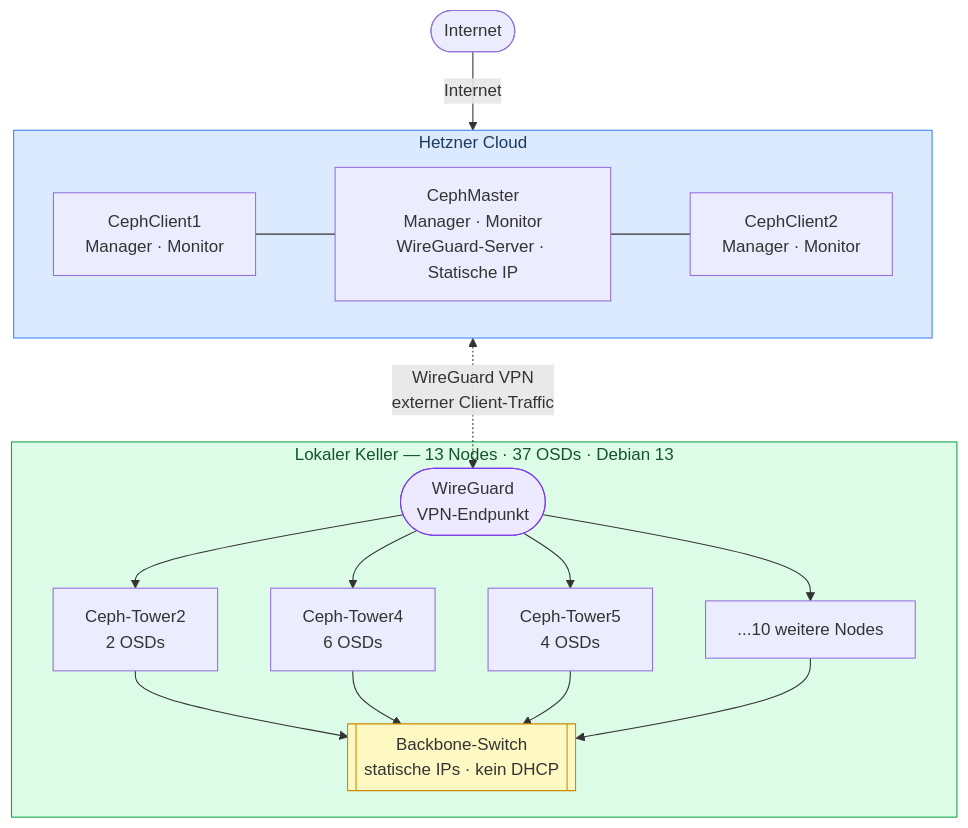
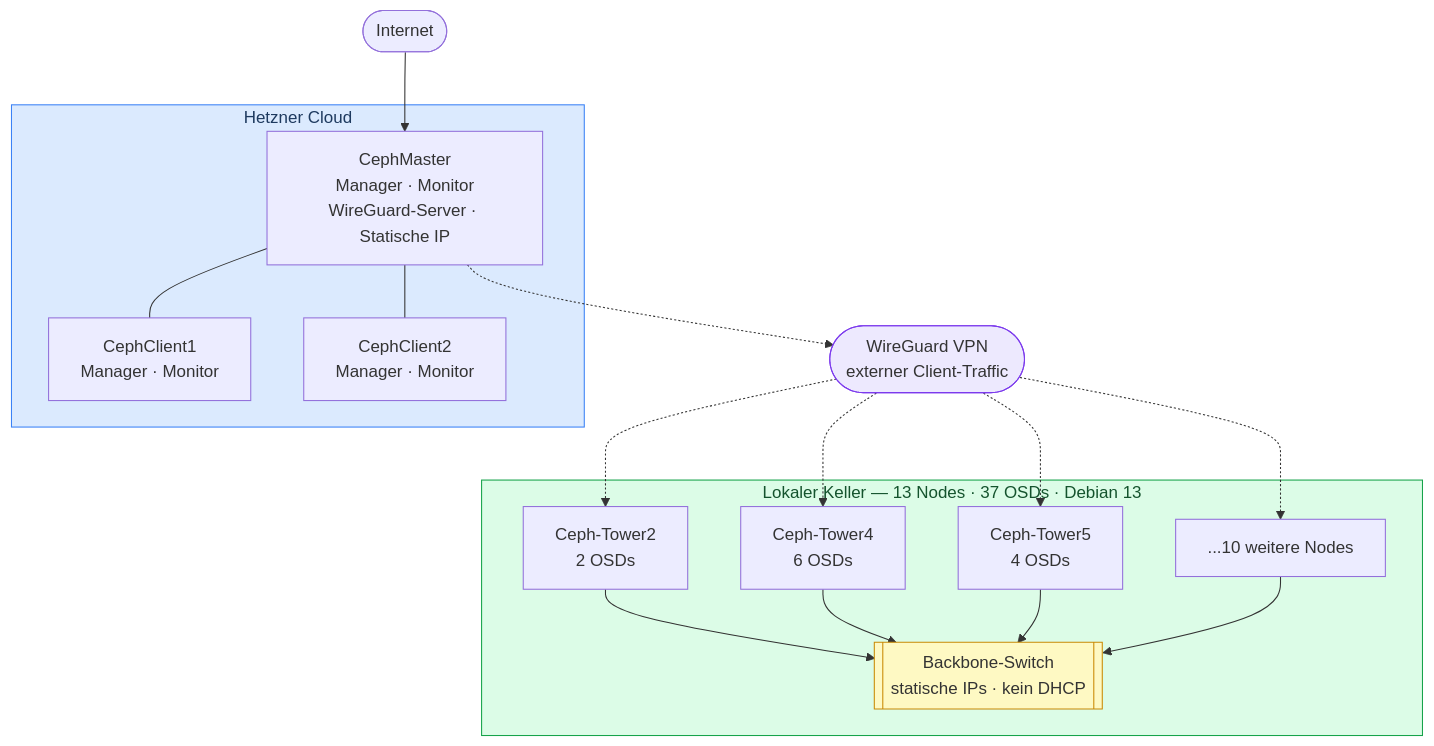
The diagram in README.md (PhilippTheServer/ceph-cluster-on-a-budget), drawn with Mermaid before and after one commit.

Commit message:
docs(README): rework network diagram order

````diff
--- a/README.md
+++ b/README.md
@@ -85,31 +85,32 @@
 ```mermaid
 flowchart TB
     EXT(["Internet"])
 
     subgraph CLOUD["Hetzner Cloud"]
-        direction LR
+        CM["CephMaster\nManager · Monitor\nWireGuard-Server · Statische IP"]
         CC1["CephClient1\nManager · Monitor"]
-        CM["CephMaster\nManager · Monitor\nWireGuard-Server · Statische IP"]
         CC2["CephClient2\nManager · Monitor"]
-        CC1 --- CM --- CC2
+        CM --- CC1
+        CM --- CC2
     end
 
+    VPN(["WireGuard VPN\nexterner Client-Traffic"])
+
     subgraph KELLER["Lokaler Keller  —  13 Nodes · 37 OSDs · Debian 13"]
-        WG(["WireGuard\nVPN-Endpunkt"])
         N1["Ceph-Tower2\n2 OSDs"]
         N2["Ceph-Tower4\n6 OSDs"]
         N3["Ceph-Tower5\n4 OSDs"]
         NX["...10 weitere Nodes"]
         SW[["Backbone-Switch\nstatische IPs · kein DHCP"]]
-        WG --> N1 & N2 & N3 & NX
         N1 & N2 & N3 & NX --> SW
     end
 
-    EXT -->|"Internet"| CM
-    CM <-.->|"WireGuard VPN\nexterner Client-Traffic"| WG
+    EXT --> CM
+    CM -.-> VPN
+    VPN -.-> N1 & N2 & N3 & NX
 
     style CLOUD fill:#dbeafe,stroke:#3b82f6,color:#1e3a5f
     style KELLER fill:#dcfce7,stroke:#16a34a,color:#14532d
-    style WG    fill:#ede9fe,stroke:#7c3aed
+    style VPN   fill:#ede9fe,stroke:#7c3aed
     style SW    fill:#fef9c3,stroke:#ca8a04
 ```
````
